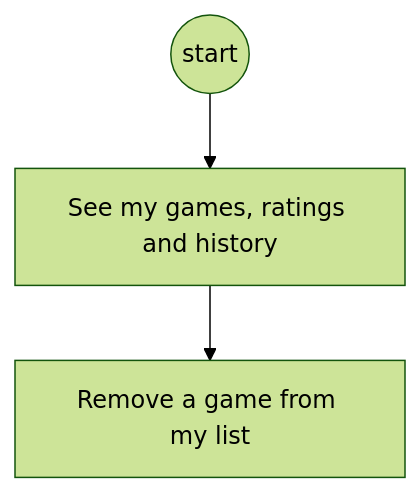
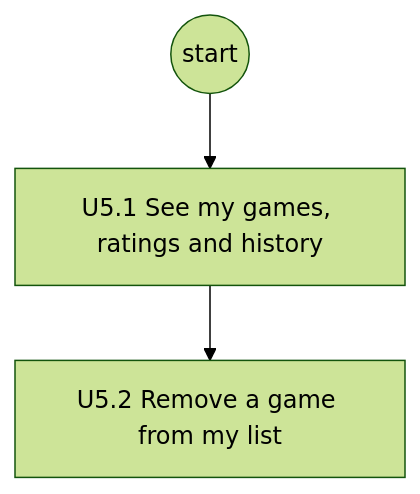
One commit to delphside/programme changed diagram 21 of 29 in docs/changes/workstreams/application-game-architecture/71-one-game-model/71-functional.md. Above: the diagram before and after it, drawn with Mermaid (forest theme). The commit also changed other lines of this file and 1 other file, not shown here.

````diff
--- a/docs/changes/workstreams/application-game-architecture/71-one-game-model/71-functional.md
+++ b/docs/changes/workstreams/application-game-architecture/71-one-game-model/71-functional.md
@@ -356,5 +370,5 @@
 ```mermaid
 flowchart TD
-  s0((start)) --> a1["See my games, ratings and history"]
-  a1 --> a2["Remove a game from my list"]
+  s0((start)) --> a1["U5.1 See my games, ratings and history"]
+  a1 --> a2["U5.2 Remove a game from my list"]
 ```
````
